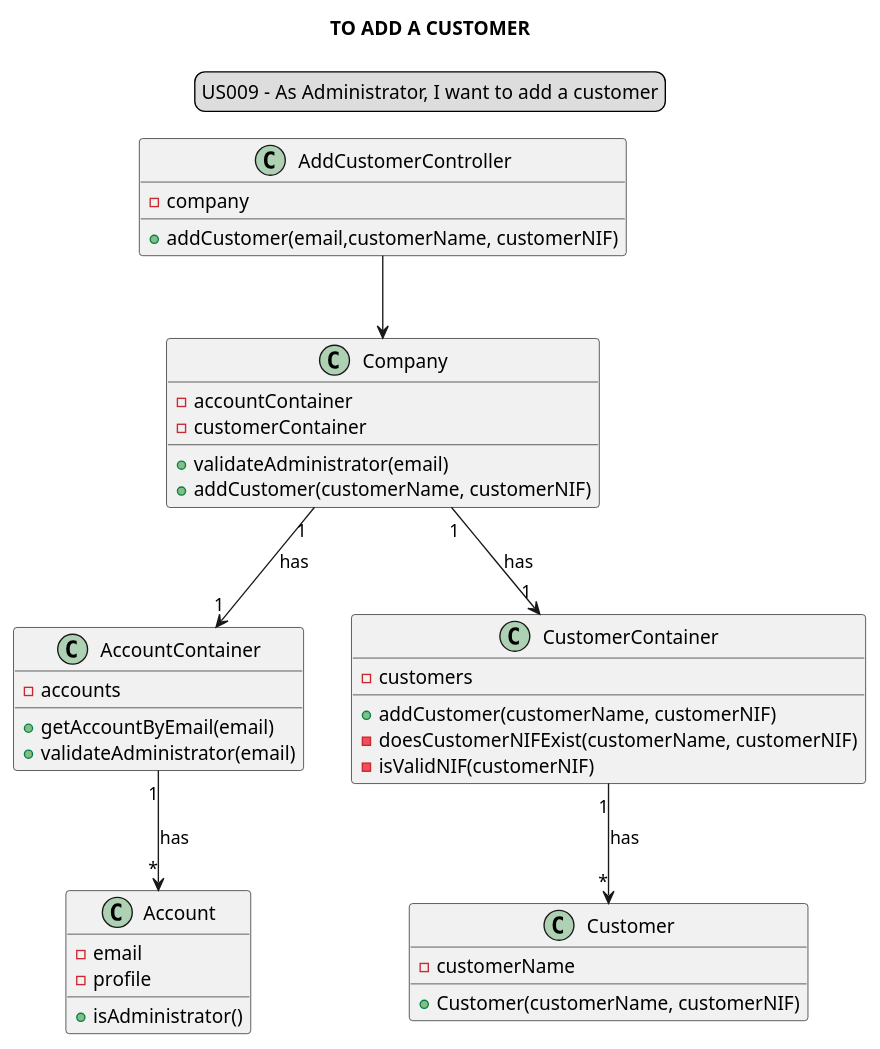
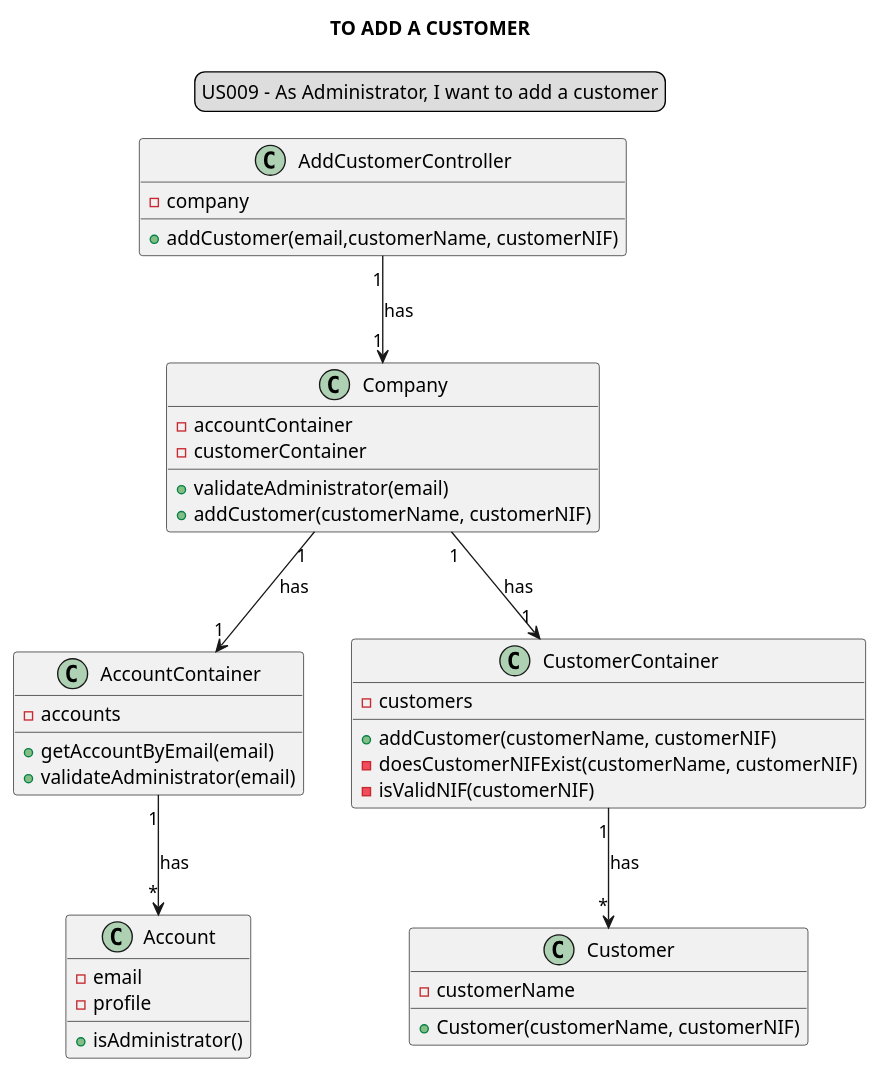
One commit to Loracline/project_switch_22-23 changed the diagram in docs/modelling_design/user_stories/sprint02/us009/US009_classDiagram.puml. Above: the diagram before and after it, drawn with PlantUML.

Commit message:
US009 : Design : Refinement Class Diagram

```diff
--- a/docs/modelling_design/user_stories/sprint02/us009/US009_classDiagram.puml
+++ b/docs/modelling_design/user_stories/sprint02/us009/US009_classDiagram.puml
@@ -1,42 +1,42 @@
 @startuml
 skinparam sequenceMessageAlign center
 title TO ADD A CUSTOMER
 legend top
 US009 - As Administrator, I want to add a customer
 end legend
 class "AddCustomerController" {
 -company
 +addCustomer(email,customerName, customerNIF)
 }
 class "Company"{
 -accountContainer
 -customerContainer
 +validateAdministrator(email)
 +addCustomer(customerName, customerNIF)
 }
 class "AccountContainer"{
 -accounts
 +getAccountByEmail(email)
 +validateAdministrator(email)
 }
 class "Account"{
 -email
 - profile
 +isAdministrator()
 }
 class "CustomerContainer"{
 -customers
 +addCustomer(customerName, customerNIF)
 -doesCustomerNIFExist(customerName, customerNIF)
 - isValidNIF(customerNIF)
 }
 class "Customer"{
 -customerName
 +Customer(customerName, customerNIF)
 }
-"AddCustomerController"  --> "Company"
+"AddCustomerController" "1"-->"1" "Company" : has
 "Company" "1"-->"1" "CustomerContainer": has
 "Company" "1"-->"1" "AccountContainer": has
 "CustomerContainer" "1"-->"*" "Customer": has
 "AccountContainer" "1" --> "*" "Account": has
 @enduml
```
